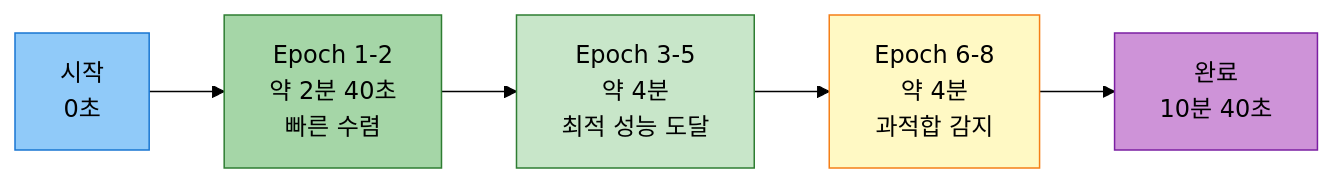
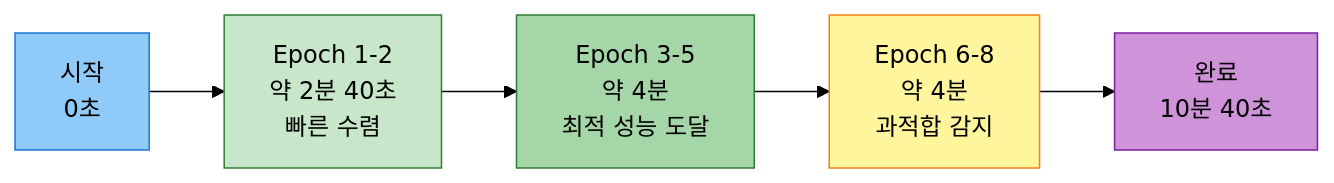
Before and after one commit to AIBootcamp14/naturallanguageprocessingcompetition-nlp-1: the sixth of 15 diagrams in docs/experiments/20251013_111525_strategy1_kobart_optimized_실험분석.md, drawn with Mermaid (forest theme). The commit also changed other lines of this file, not shown here.

First line of the commit message:
fix: mermaid 다이어그램 스타일 완전 수정

````diff
--- a/docs/experiments/20251013_111525_strategy1_kobart_optimized_실험분석.md
+++ b/docs/experiments/20251013_111525_strategy1_kobart_optimized_실험분석.md
@@ -288,13 +310,13 @@
 ```mermaid
 graph LR
     A[시작<br/>0초] --> B[Epoch 1-2<br/>약 2분 40초<br/>빠른 수렴]
     B --> C[Epoch 3-5<br/>약 4분<br/>최적 성능 도달]
     C --> D[Epoch 6-8<br/>약 4분<br/>과적합 감지]
     D --> E[완료<br/>10분 40초]
 
     style A fill:#90caf9,stroke:#1976d2,color:#000
-    style B fill:#a5d6a7,stroke:#2e7d32,color:#000
-    style C fill:#c8e6c9,stroke:#2e7d32,color:#000
-    style D fill:#fff9c4,stroke:#f57f17,color:#000
+    style B fill:#c8e6c9,stroke:#2e7d32,color:#000
+    style C fill:#a5d6a7,stroke:#2e7d32,color:#000
+    style D fill:#fff59d,stroke:#f57f17,color:#000
     style E fill:#ce93d8,stroke:#7b1fa2,color:#000
 ```
````
